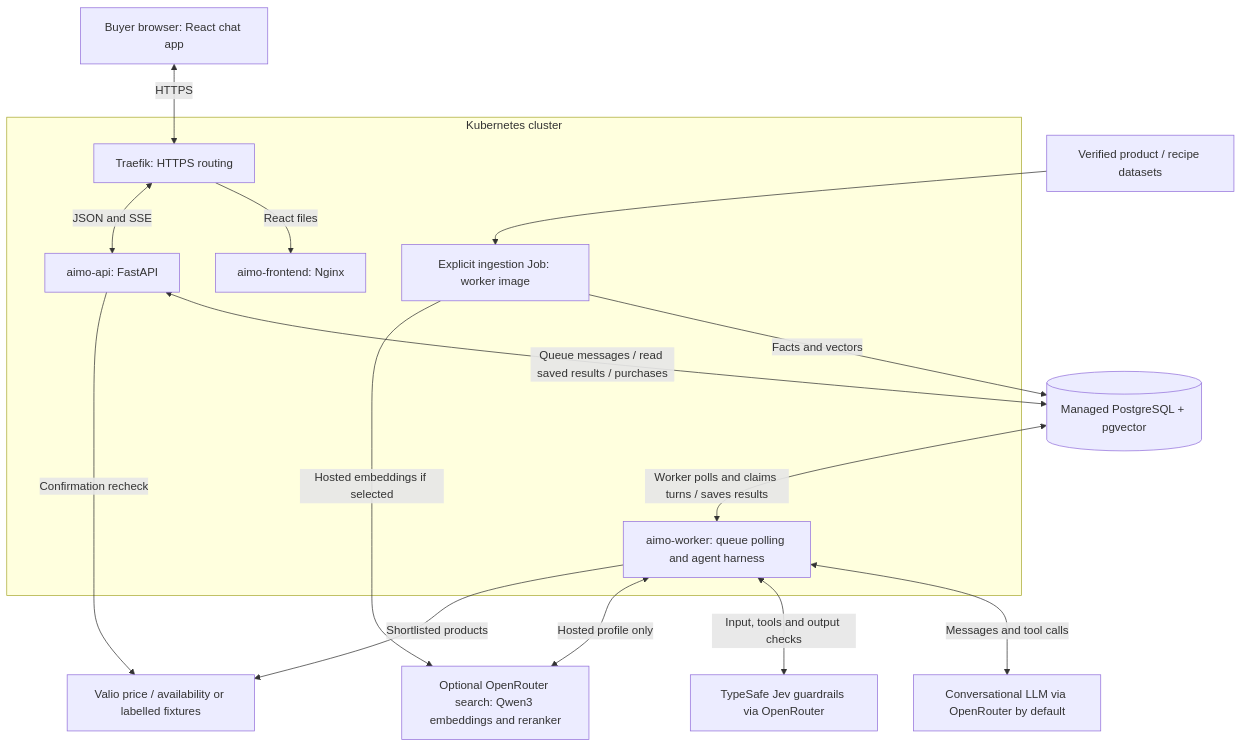
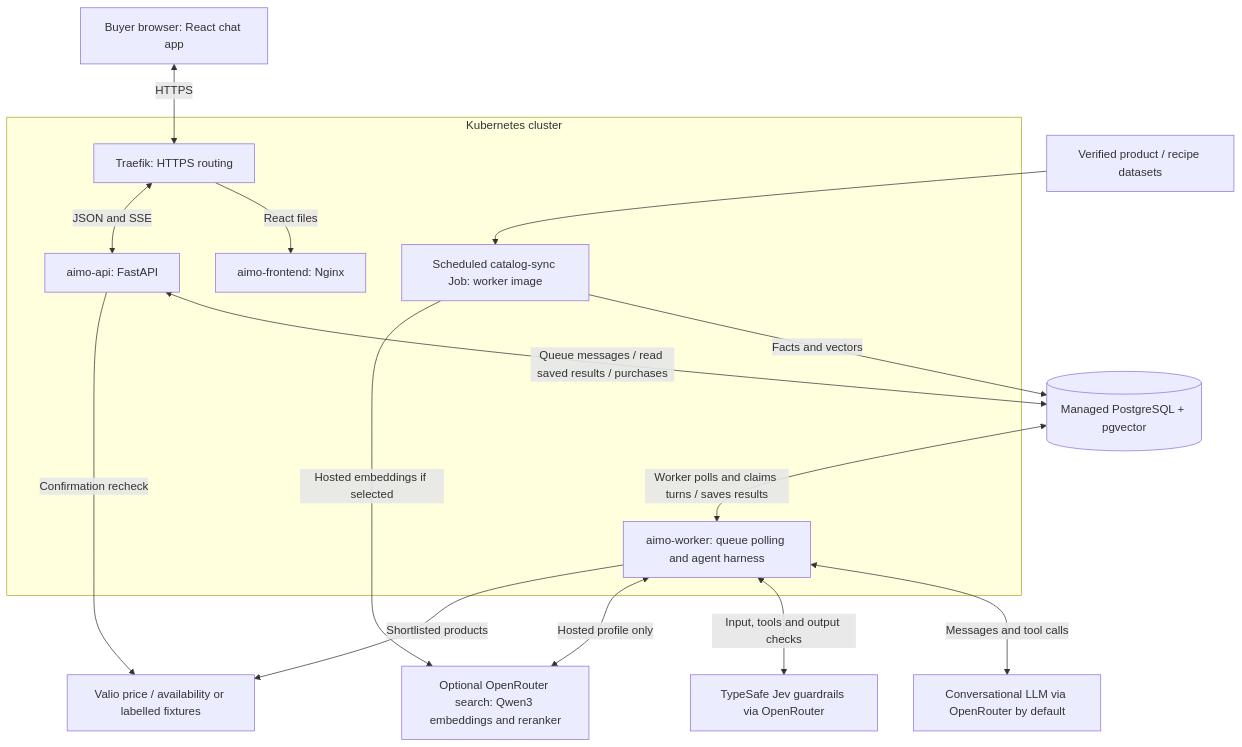
One commit to Junction-Best-Team/Main-Application changed the first of 4 diagrams in docs/architecture.md. Above: the diagram before and after it, drawn with Mermaid. The commit also changed other lines of this file and 37 other files, not shown here.

````diff
--- a/docs/architecture.md
+++ b/docs/architecture.md
@@ -13,31 +13,31 @@
 ```mermaid
 flowchart TB
     Buyer[Buyer browser: React chat app]
     subgraph Cluster[Kubernetes cluster]
         Ingress[Traefik: HTTPS routing]
         Frontend[aimo-frontend: Nginx]
         API[aimo-api: FastAPI]
         Worker[aimo-worker: queue polling and agent harness]
-        Importer[Explicit ingestion Job: worker image]
+        Importer[Scheduled catalog-sync Job: worker image]
     end
     DB[(Managed PostgreSQL + pgvector)]
     Provider[Conversational LLM via OpenRouter by default]
     Jev[TypeSafe Jev guardrails via OpenRouter]
     HostedSearch[Optional OpenRouter search: Qwen3 embeddings and reranker]
     Supplier[Valio price / availability or labelled fixtures]
     Catalog[Verified product / recipe datasets]
 
     Buyer <-->|HTTPS| Ingress
     Ingress -->|React files| Frontend
     Ingress <-->|JSON and SSE| API
     API <-->|Queue messages / read saved results / purchases| DB
     DB <-->|Worker polls and claims turns / saves results| Worker
     Worker <-->|Messages and tool calls| Provider
     Worker <-->|Input, tools and output checks| Jev
     Worker <-->|Hosted profile only| HostedSearch
     Worker -->|Shortlisted products| Supplier
     API -->|Confirmation recheck| Supplier
     Catalog --> Importer
     Importer -->|Facts and vectors| DB
     Importer -->|Hosted embeddings if selected| HostedSearch
 ```
````
